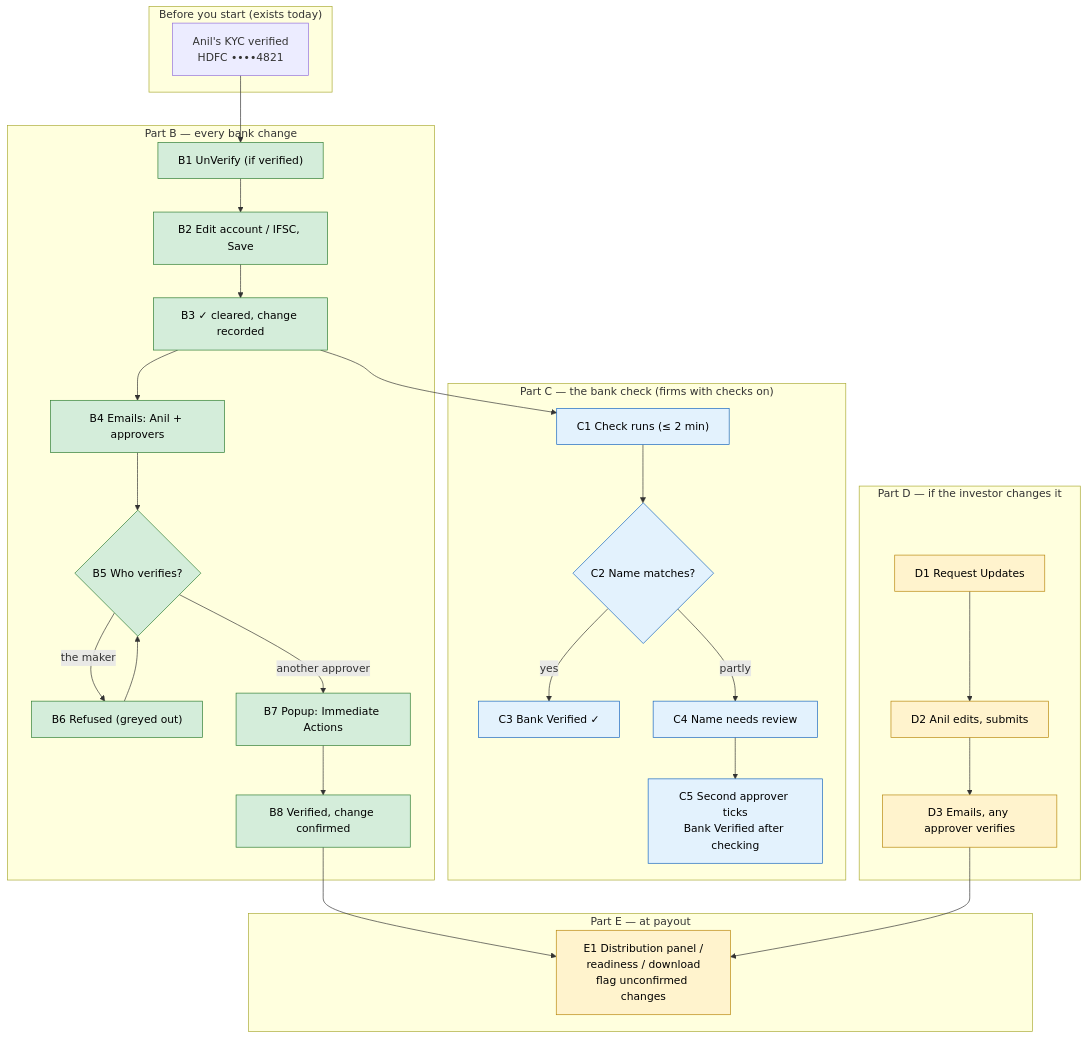
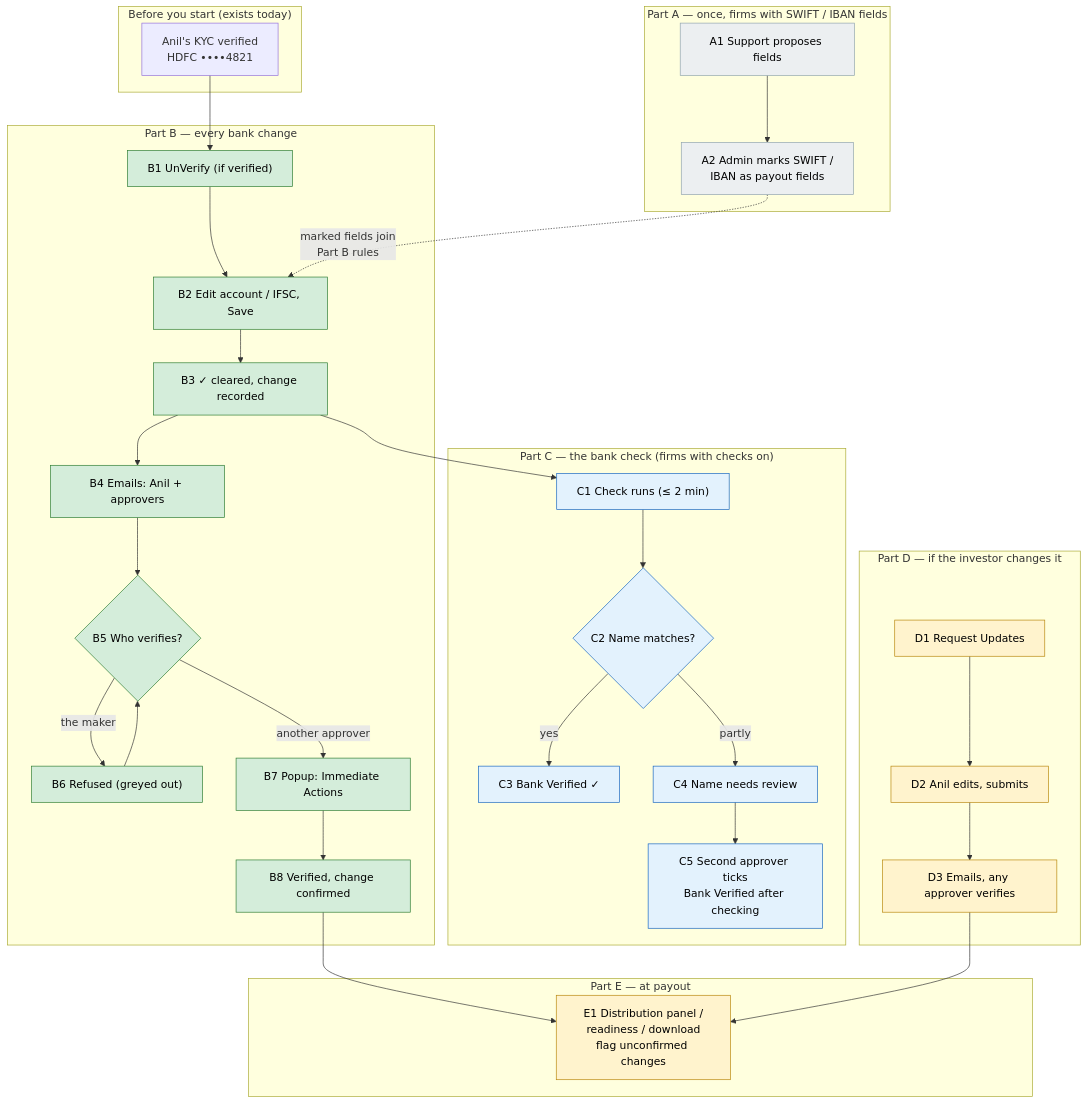
Diagram 11 of 11 in openspec/changes/bank-detail-change-controls/proposal.md (sampadadiwan/IRM_CompanyMain), drawn with Mermaid before and after one commit. The commit also changed other lines of this file and 10 other files, not shown here.

First line of the commit message:
Security docs and Group B designs: build progress, user impact, SWIFT/IBAN in M14, on-screen explanations

````diff
--- a/openspec/changes/bank-detail-change-controls/proposal.md
+++ b/openspec/changes/bank-detail-change-controls/proposal.md
@@ -208,39 +253,45 @@
 ```mermaid
 flowchart TD
     subgraph P0["Before you start (exists today)"]
         Z1["Anil's KYC verified<br/>HDFC ••••4821"]
+    end
+    subgraph PA["Part A — once, firms with SWIFT / IBAN fields"]
+        A1["A1 Support proposes fields"] --> A2["A2 Admin marks SWIFT /<br/>IBAN as payout fields"]
     end
     subgraph PB["Part B — every bank change"]
         B1["B1 UnVerify (if verified)"] --> B2["B2 Edit account / IFSC, Save"]
         B2 --> B3["B3 ✓ cleared, change recorded"]
         B3 --> B4["B4 Emails: Anil + approvers"]
         B4 --> B5{"B5 Who verifies?"}
         B5 -- "the maker" --> B6["B6 Refused (greyed out)"]
         B6 --> B5
         B5 -- "another approver" --> B7["B7 Popup: Immediate Actions"]
         B7 --> B8["B8 Verified, change confirmed"]
     end
     subgraph PC["Part C — the bank check (firms with checks on)"]
         C1["C1 Check runs (≤ 2 min)"] --> C2{"C2 Name matches?"}
         C2 -- "yes" --> C3["C3 Bank Verified ✓"]
         C2 -- "partly" --> C4["C4 Name needs review"]
         C4 --> C5["C5 Second approver ticks<br/>Bank Verified after checking"]
     end
     subgraph PD["Part D — if the investor changes it"]
         D1["D1 Request Updates"] --> D2["D2 Anil edits, submits"]
         D2 --> D3["D3 Emails, any approver verifies"]
     end
     subgraph PE["Part E — at payout"]
         E1["E1 Distribution panel /<br/>readiness / download<br/>flag unconfirmed changes"]
     end
     Z1 --> B1
+    A2 -. "marked fields join<br/>Part B rules" .-> B2
     B3 --> C1
     B8 --> E1
     D3 --> E1
     classDef every fill:#d4edda,stroke:#2e7d32,color:#000
     classDef chk fill:#e3f2fd,stroke:#1565c0,color:#000
     classDef lp fill:#fff3cd,stroke:#b8860b,color:#000
     class B1,B2,B3,B4,B5,B6,B7,B8 every
     class C1,C2,C3,C4,C5 chk
     class D1,D2,D3,E1 lp
+    classDef setup fill:#eceff1,stroke:#90a4ae,color:#000
+    class A1,A2 setup
 ```
````
